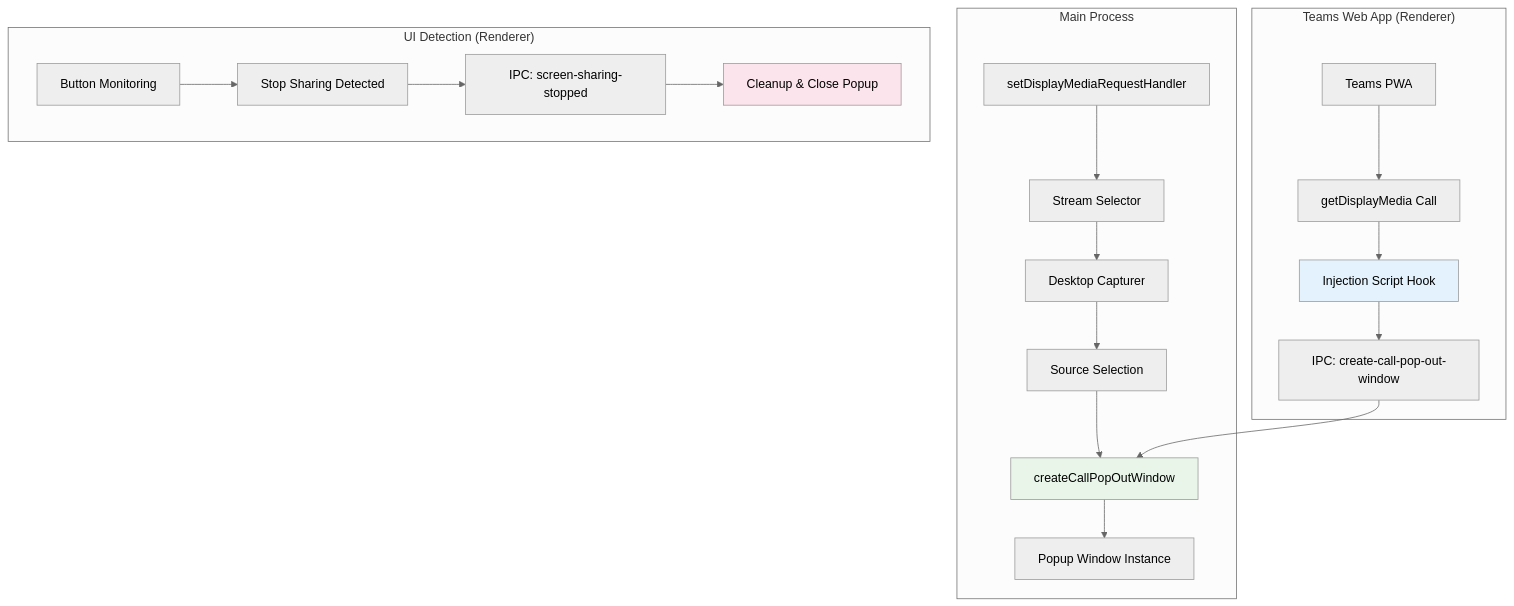
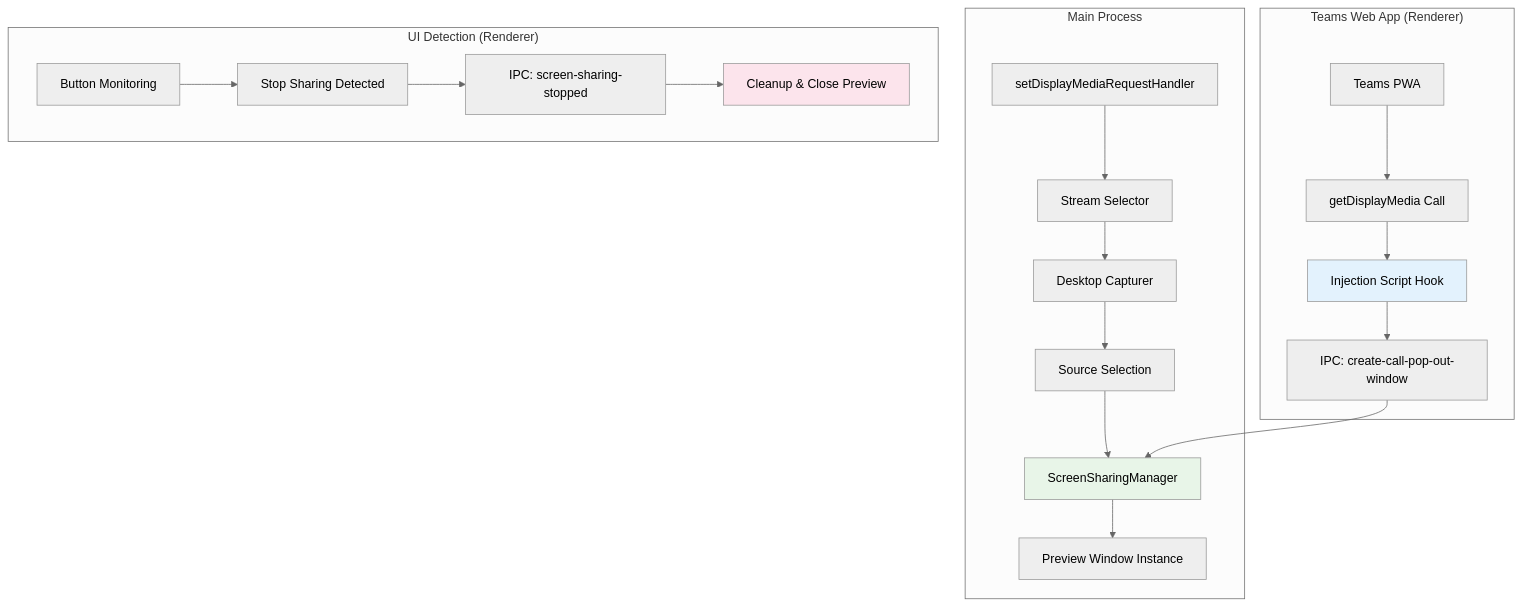
Before and after one commit to IsmaelMartinez/teams-for-linux: the second of 4 diagrams in docs/screen-sharing.md, drawn with Mermaid (neutral theme). The commit also changed other lines of this file and 18 other files, not shown here.

First line of the commit message:
refactor: complete screen sharing module with alwaysOnTop support

````diff
--- a/docs/screen-sharing.md
+++ b/docs/screen-sharing.md
@@ -49,27 +49,27 @@
 ```mermaid
 graph TD
     subgraph "Teams Web App (Renderer)"
         A[Teams PWA] --> B[getDisplayMedia Call]
         B --> C[Injection Script Hook]
         C --> D[IPC: create-call-pop-out-window]
     end
     
     subgraph "Main Process"
         E[setDisplayMediaRequestHandler] --> F[Stream Selector]
         F --> G[Desktop Capturer]
         G --> H[Source Selection]
-        H --> I[createCallPopOutWindow]
+        H --> I[ScreenSharingManager]
         D --> I
-        I --> J[Popup Window Instance]
+        I --> J[Preview Window Instance]
     end
     
     subgraph "UI Detection (Renderer)"
         K[Button Monitoring] --> L[Stop Sharing Detected]
         L --> M[IPC: screen-sharing-stopped]
-        M --> N[Cleanup & Close Popup]
+        M --> N[Cleanup & Close Preview]
     end
     
     style C fill:#e3f2fd
     style I fill:#e8f5e8
     style N fill:#fce4ec
 ```
````
